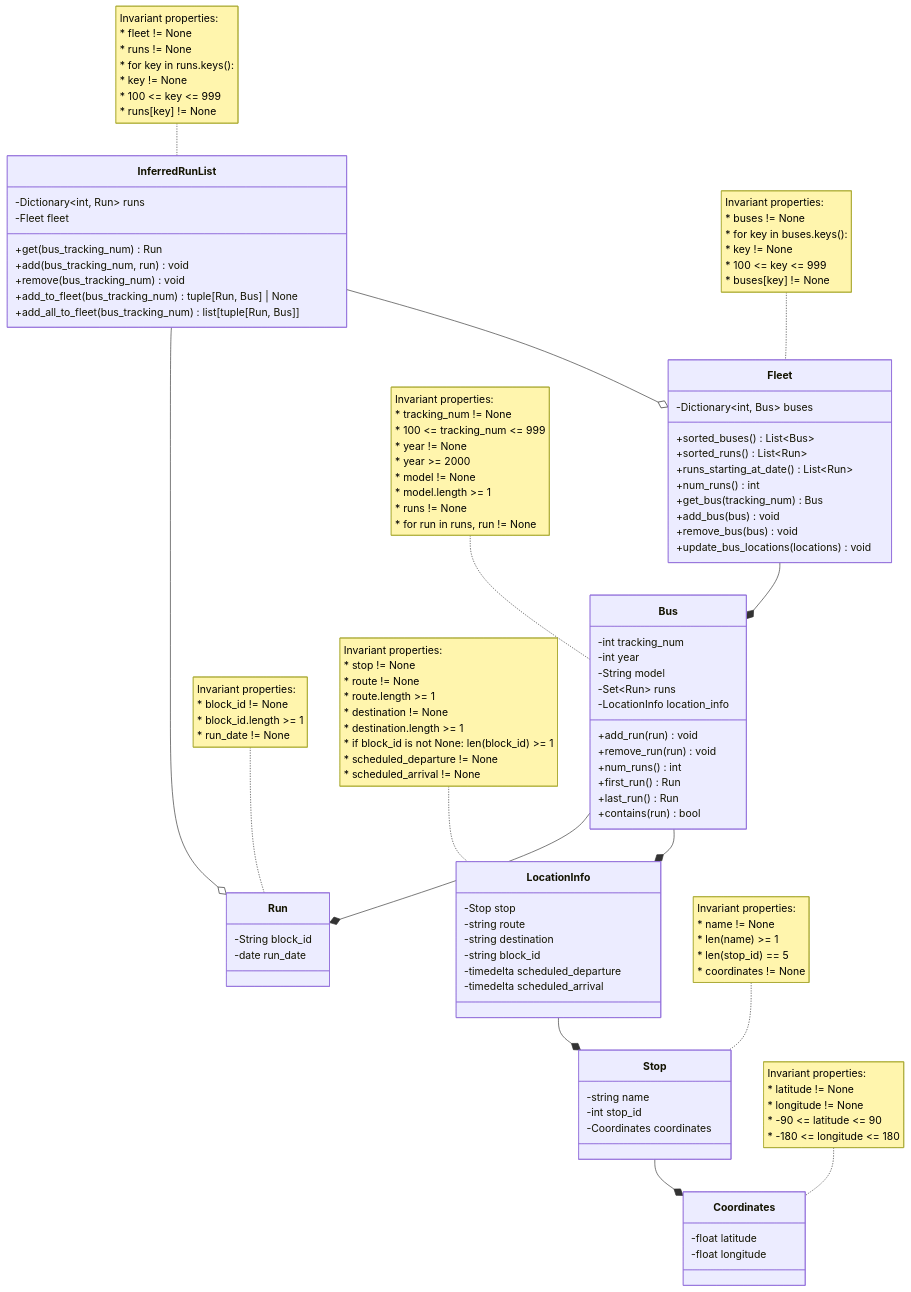
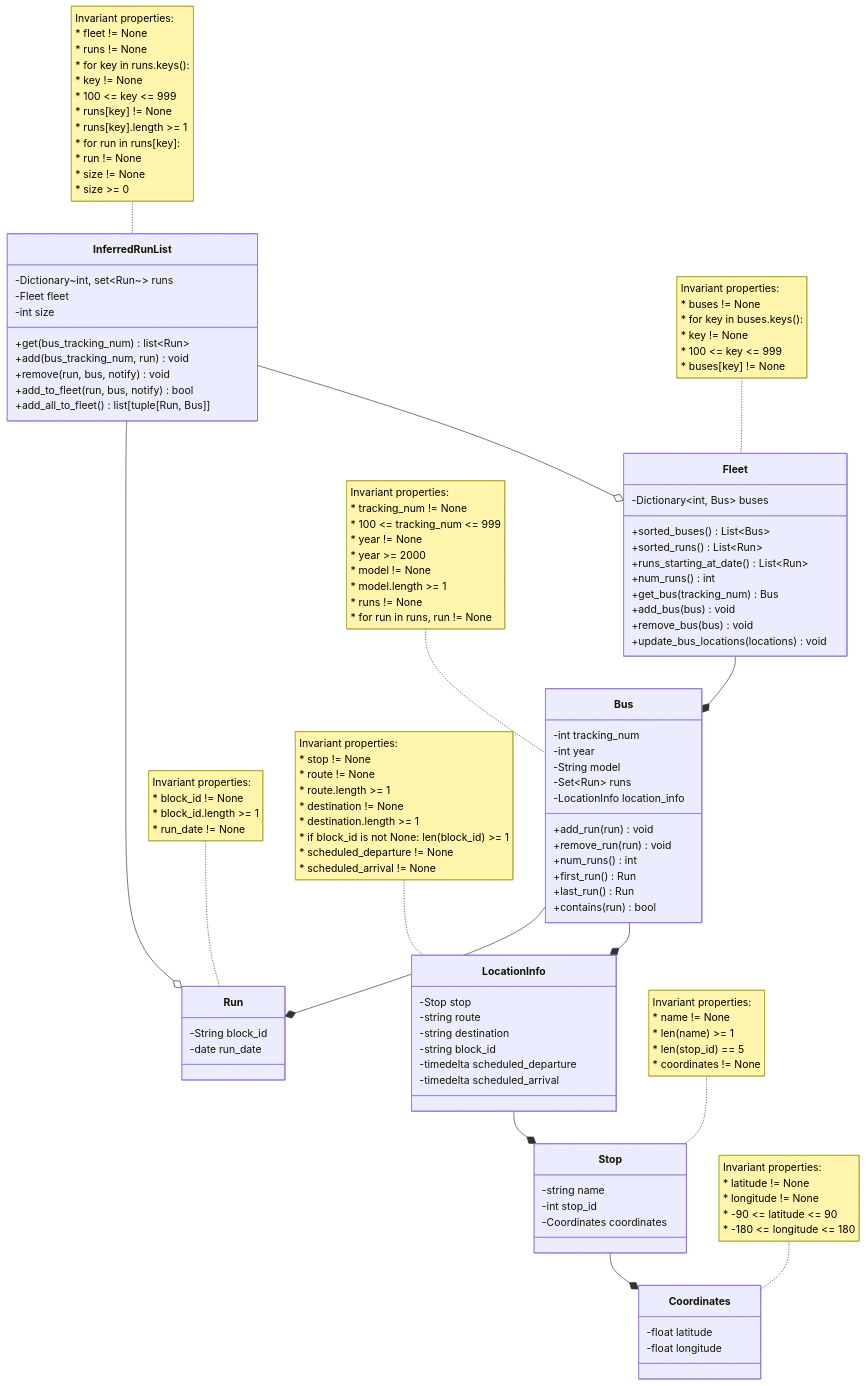
One commit to Michel-Prejet/zeb-tracker changed the diagram in domain.md. Above: the diagram before and after it, drawn with Mermaid. The commit also changed 22 other files, not shown here.

Commit message:
Fix InferredRunList to support multiple runs for one bus

```diff
--- a/domain.md
+++ b/domain.md
@@ -56,14 +56,15 @@
     Bus --* Run
     
     class InferredRunList {
-        -Dictionary~int, Run~ runs
+        -Dictionary~int, set~Run~~ runs
         -Fleet fleet
+        -int size
         
-        +get(bus_tracking_num) Run
+        +get(bus_tracking_num) list~Run~
         +add(bus_tracking_num, run) void
-        +remove(bus_tracking_num) void
-        +add_to_fleet(bus_tracking_num) tuple[Run, Bus] | None
-        +add_all_to_fleet(bus_tracking_num) list[tuple[Run, Bus]]
+        +remove(run, bus, notify) void
+        +add_to_fleet(run, bus, notify) bool
+        +add_all_to_fleet() list[tuple[Run, Bus]]
     }
     
     note for InferredRunList"Invariant properties:
@@ -73,6 +74,11 @@
     *   key != None
     *   100 <= key <= 999
     *   runs[key] != None
+    *   runs[key].length >= 1
+    *   for run in runs[key]:
+    *       run != None
+    * size != None
+    * size >= 0
     "
     
     InferredRunList --o Run
```
